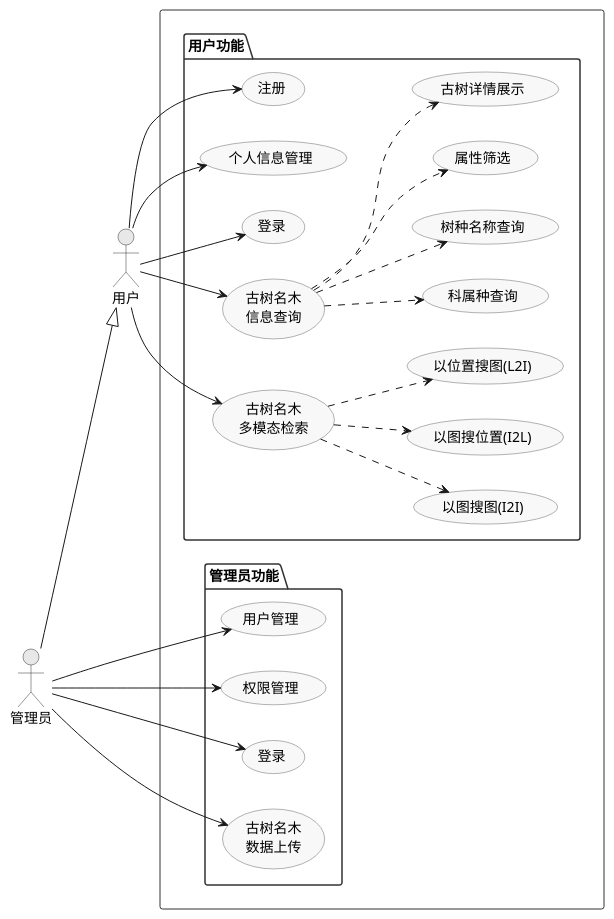
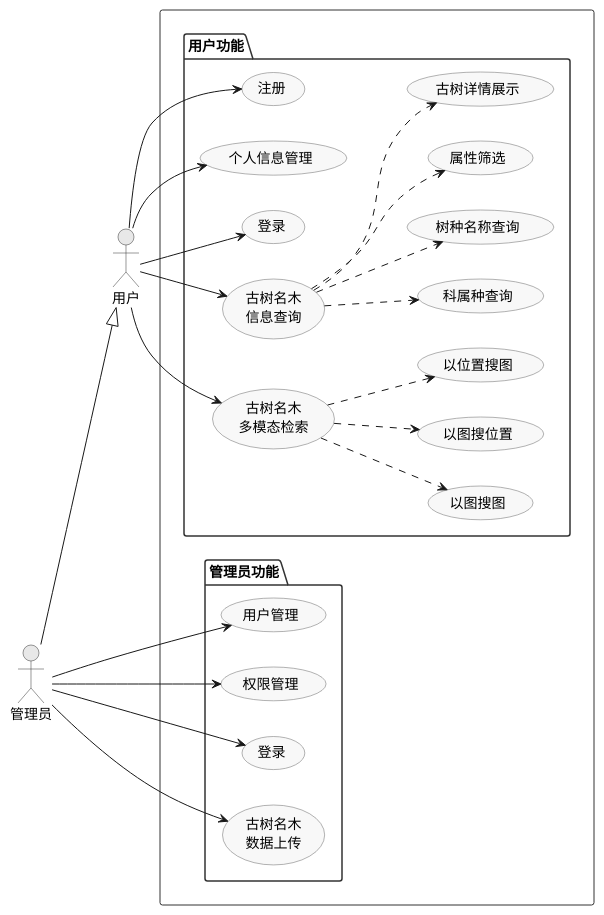
One commit to ssl1995/imooc-wiki changed the diagram in word/第4章/图4.1 系统用例图.puml. Above: the diagram before and after it, drawn with PlantUML. The commit also changed 11 other files, not shown here.

```diff
--- a/word/第4章/图4.1 系统用例图.puml
+++ b/word/第4章/图4.1 系统用例图.puml
@@ -1,66 +1,66 @@
 @startuml
 
 skinparam defaultFontSize 14
 skinparam defaultFontName SimHei
 skinparam usecaseBackgroundColor #F8F8F8
 skinparam usecaseBorderColor #666666
 skinparam packageBackgroundColor #FFFFFF
 skinparam packageBorderColor #333333
 skinparam actorBackgroundColor #E8E8E8
 skinparam actorBorderColor #333333
 
 left to right direction
 
 actor "用户" as User
 actor "管理员" as Admin
 
 Admin --|> User
 
 rectangle  {
 
     package "用户功能" {
         usecase "注册" as UC6
         usecase "个人信息管理" as UC7
         usecase "登录" as UC5_1
 
         usecase "古树名木\n信息查询" as UC8
         usecase "科属种查询" as UC8_1
         usecase "树种名称查询" as UC8_2
         usecase "属性筛选" as UC8_3
         usecase "古树详情展示" as UC8_4
 
         usecase "古树名木\n多模态检索" as UC9
-        usecase "以图搜图(I2I)" as UC9_1
-        usecase "以图搜位置(I2L)" as UC9_2
-        usecase "以位置搜图(L2I)" as UC9_3
+        usecase "以图搜图" as UC9_1
+        usecase "以图搜位置" as UC9_2
+        usecase "以位置搜图" as UC9_3
     }
 
     package "管理员功能" {
         usecase "用户管理" as UC3
         usecase "权限管理" as UC4
         usecase "登录" as UC5
         usecase "古树名木\n数据上传" as UC1
     }
 }
 
 User --> UC5_1
 User --> UC6
 User --> UC7
 User --> UC8
 User --> UC9
 
 Admin --> UC1
 Admin --> UC3
 Admin --> UC4
 Admin --> UC5
 
 UC8 ..> UC8_1
 UC8 ..> UC8_2
 UC8 ..> UC8_3
 UC8 ..> UC8_4
 
 UC9 ..> UC9_1
 UC9 ..> UC9_2
 UC9 ..> UC9_3
 
 @enduml
```
